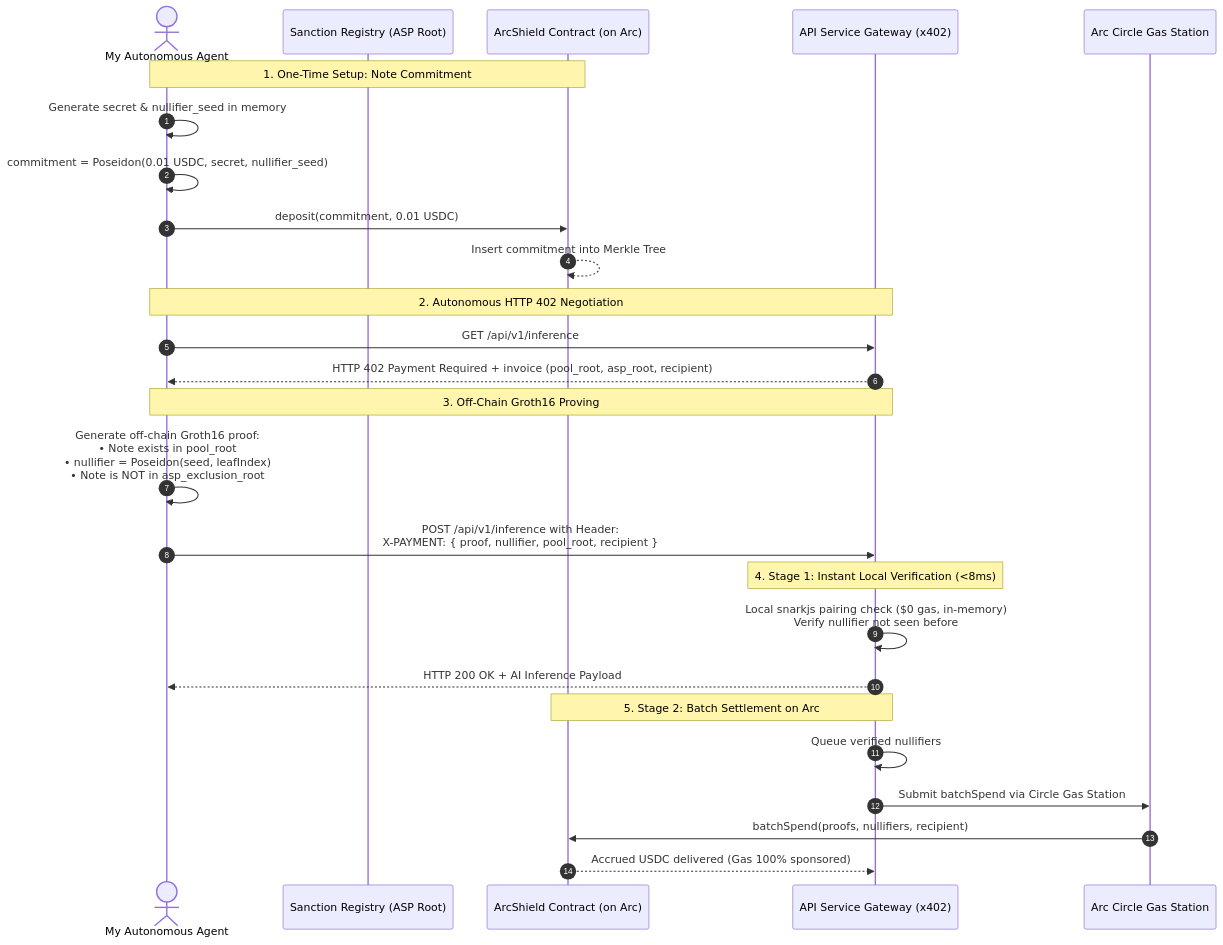
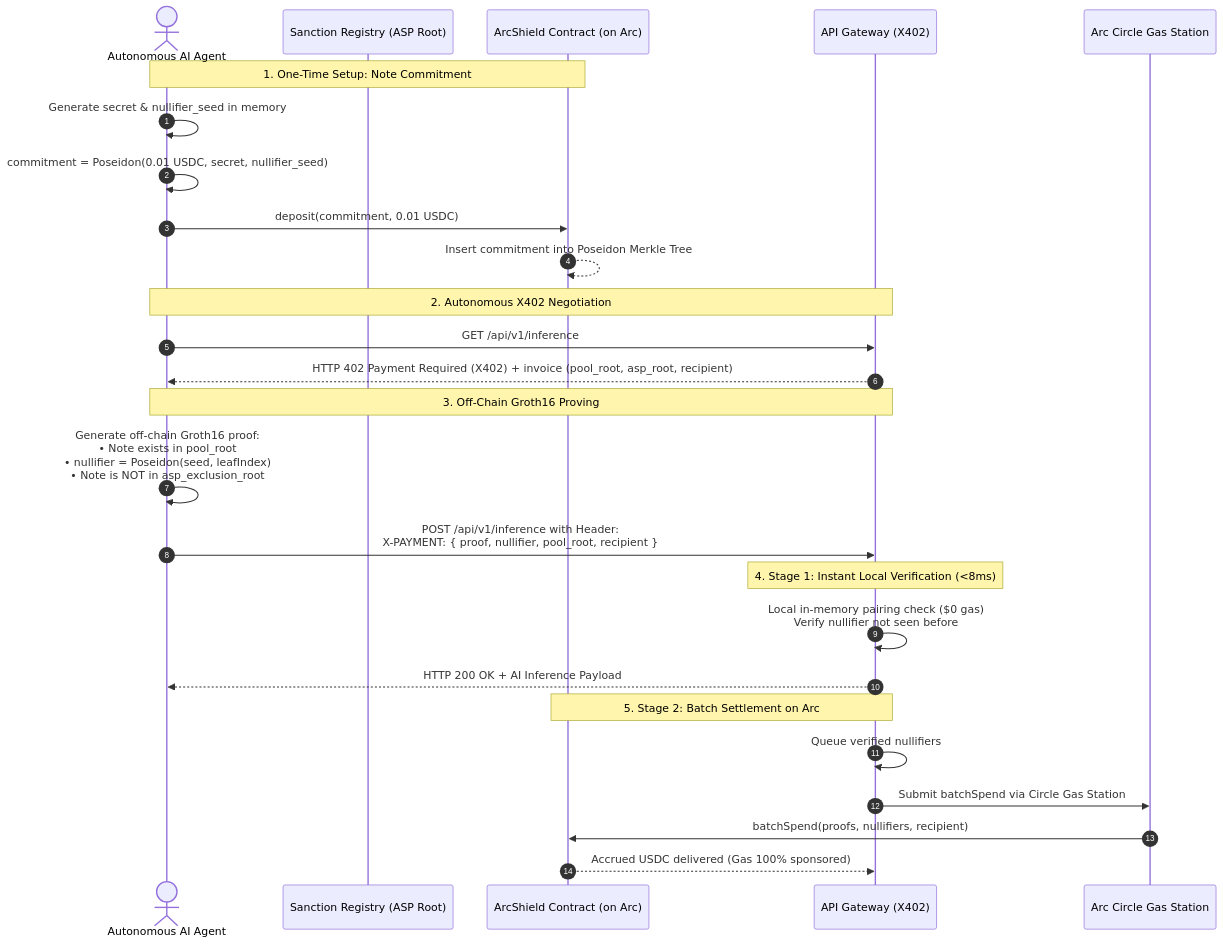
One commit to Trymbakmahant/arcnano changed the diagram in README.md. Above: the diagram before and after it, drawn with Mermaid. The commit also changed other lines of this file, not shown here.

Commit message:
docs: update README for ArcShield-402 with Next.js 16 stack and accurate protocol specs

````diff
--- a/README.md
+++ b/README.md
@@ -42,33 +43,33 @@
 ```mermaid
 sequenceDiagram
     autonumber
-    actor Agent as My Autonomous Agent
+    actor Agent as Autonomous AI Agent
     participant ASP as Sanction Registry (ASP Root)
     participant ArcPool as ArcShield Contract (on Arc)
-    participant Receiver as API Service Gateway (x402)
+    participant Receiver as API Gateway (X402)
     participant GasStation as Arc Circle Gas Station
 
     Note over Agent,ArcPool: 1. One-Time Setup: Note Commitment
     Agent->>Agent: Generate secret & nullifier_seed in memory
     Agent->>Agent: commitment = Poseidon(0.01 USDC, secret, nullifier_seed)
     Agent->>ArcPool: deposit(commitment, 0.01 USDC)
-    ArcPool-->>ArcPool: Insert commitment into Merkle Tree
+    ArcPool-->>ArcPool: Insert commitment into Poseidon Merkle Tree
 
-    Note over Agent,Receiver: 2. Autonomous HTTP 402 Negotiation
+    Note over Agent,Receiver: 2. Autonomous X402 Negotiation
     Agent->>Receiver: GET /api/v1/inference
-    Receiver-->>Agent: HTTP 402 Payment Required + invoice (pool_root, asp_root, recipient)
+    Receiver-->>Agent: HTTP 402 Payment Required (X402) + invoice (pool_root, asp_root, recipient)
 
     Note over Agent,Receiver: 3. Off-Chain Groth16 Proving
     Agent->>Agent: Generate off-chain Groth16 proof:<br/>• Note exists in pool_root<br/>• nullifier = Poseidon(seed, leafIndex)<br/>• Note is NOT in asp_exclusion_root
     Agent->>Receiver: POST /api/v1/inference with Header:<br/>X-PAYMENT: { proof, nullifier, pool_root, recipient }
 
     Note over Receiver: 4. Stage 1: Instant Local Verification (<8ms)
-    Receiver->>Receiver: Local snarkjs pairing check ($0 gas, in-memory)<br/>Verify nullifier not seen before
+    Receiver->>Receiver: Local in-memory pairing check ($0 gas)<br/>Verify nullifier not seen before
     Receiver-->>Agent: HTTP 200 OK + AI Inference Payload
 
     Note over Receiver,ArcPool: 5. Stage 2: Batch Settlement on Arc
     Receiver->>Receiver: Queue verified nullifiers
     Receiver->>GasStation: Submit batchSpend via Circle Gas Station
     GasStation->>ArcPool: batchSpend(proofs, nullifiers, recipient)
     ArcPool-->>Receiver: Accrued USDC delivered (Gas 100% sponsored)
 ```
````
